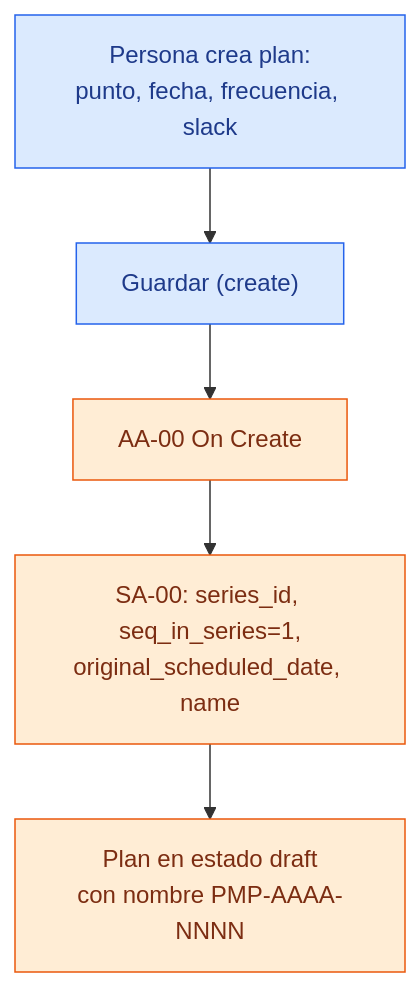
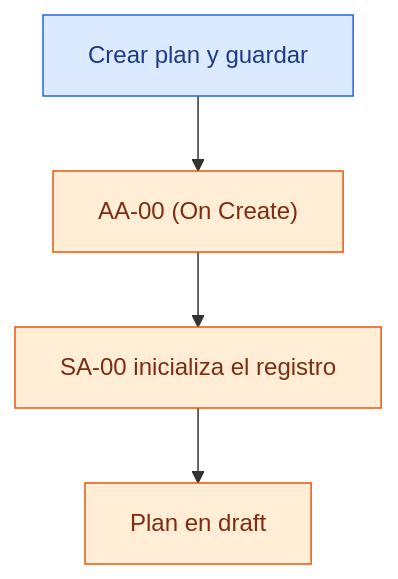
Before and after one commit to dcuerowe/odoo_con_mantenciones: the fourth of 18 diagrams in maintenance_plan/PROCESOS_Y_FLUJOS.md, drawn with Mermaid. The commit also changed other lines of this file and 1 other file, not shown here.

Commit message:
Cambios dentro de maintenance_plan

````diff
--- a/maintenance_plan/PROCESOS_Y_FLUJOS.md
+++ b/maintenance_plan/PROCESOS_Y_FLUJOS.md
@@ -107,11 +117,10 @@
 ```mermaid
 flowchart TD
-    A["Persona crea plan:<br/>punto, fecha, frecuencia, slack"]:::manual
-    B["Guardar (create)"]:::manual
-    C["AA-00 On Create"]:::auto
-    D["SA-00: series_id, seq_in_series=1,<br/>original_scheduled_date, name"]:::auto
-    E["Plan en estado draft<br/>con nombre PMP-AAAA-NNNN"]:::auto
-    A --> B --> C --> D --> E
+    A["Crear plan y guardar"]:::manual
+    B["AA-00 (On Create)"]:::auto
+    C["SA-00 inicializa el registro"]:::auto
+    D["Plan en draft"]:::auto
+    A --> B --> C --> D
     classDef manual fill:#dbeafe,stroke:#2563eb,color:#1e3a8a;
     classDef auto fill:#ffedd5,stroke:#ea580c,color:#7c2d12;
 ```
````
